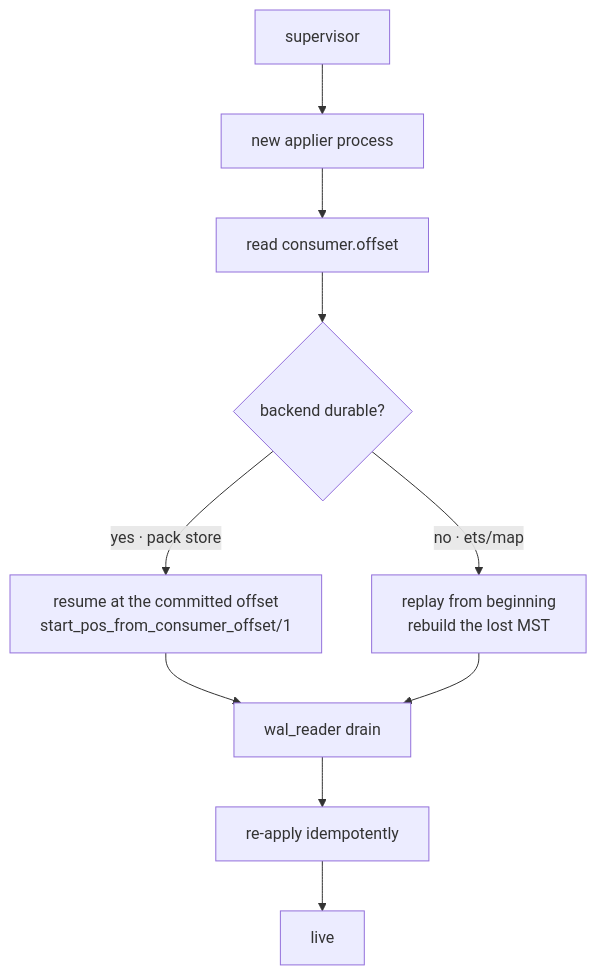
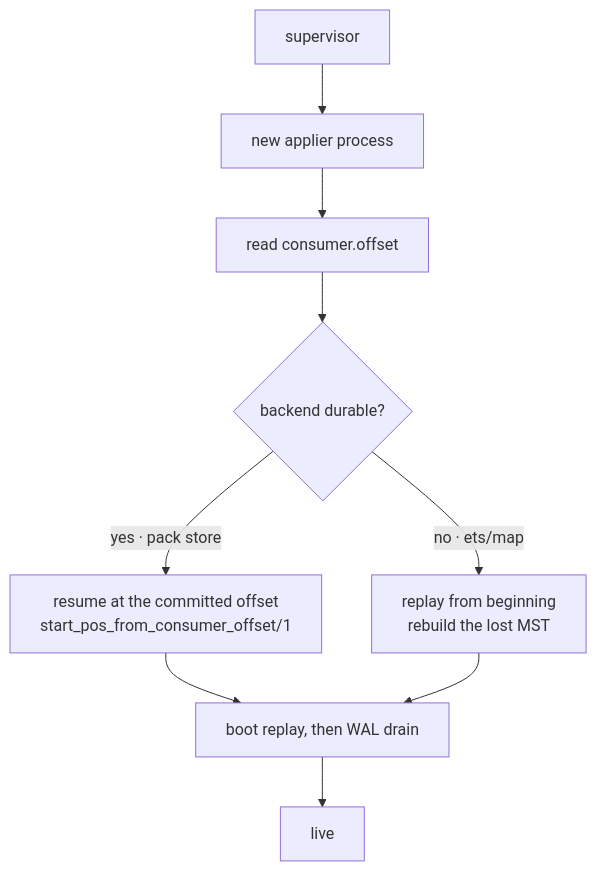
One commit to bondy-io/bondy changed the eighth of 8 diagrams in apps/bondy_db/doc_extras/architecture/04_applier.md. Above: the diagram before and after it, drawn with Mermaid. The commit also changed other lines of this file and 449 other files, not shown here.

````diff
--- a/apps/bondy_db/doc_extras/architecture/04_applier.md
+++ b/apps/bondy_db/doc_extras/architecture/04_applier.md
@@ -368,11 +409,11 @@
 ```mermaid
 flowchart TD
     SUP["supervisor"] --> NEW["new applier process"]
     NEW --> CO["read consumer.offset"]
     CO --> CAP{"backend durable?"}
     CAP -->|"yes · pack store"| OFF["resume at the committed offset<br/>start_pos_from_consumer_offset/1"]
     CAP -->|"no · ets/map"| BEG["replay from beginning<br/>rebuild the lost MST"]
-    OFF --> DRAIN["wal_reader drain"]
-    BEG --> DRAIN
-    DRAIN --> CATCHUP["re-apply idempotently"] --> LIVE["live"]
+    OFF --> REPLAY["boot replay, then WAL drain"]
+    BEG --> REPLAY
+    REPLAY --> LIVE["live"]
 ```
````
